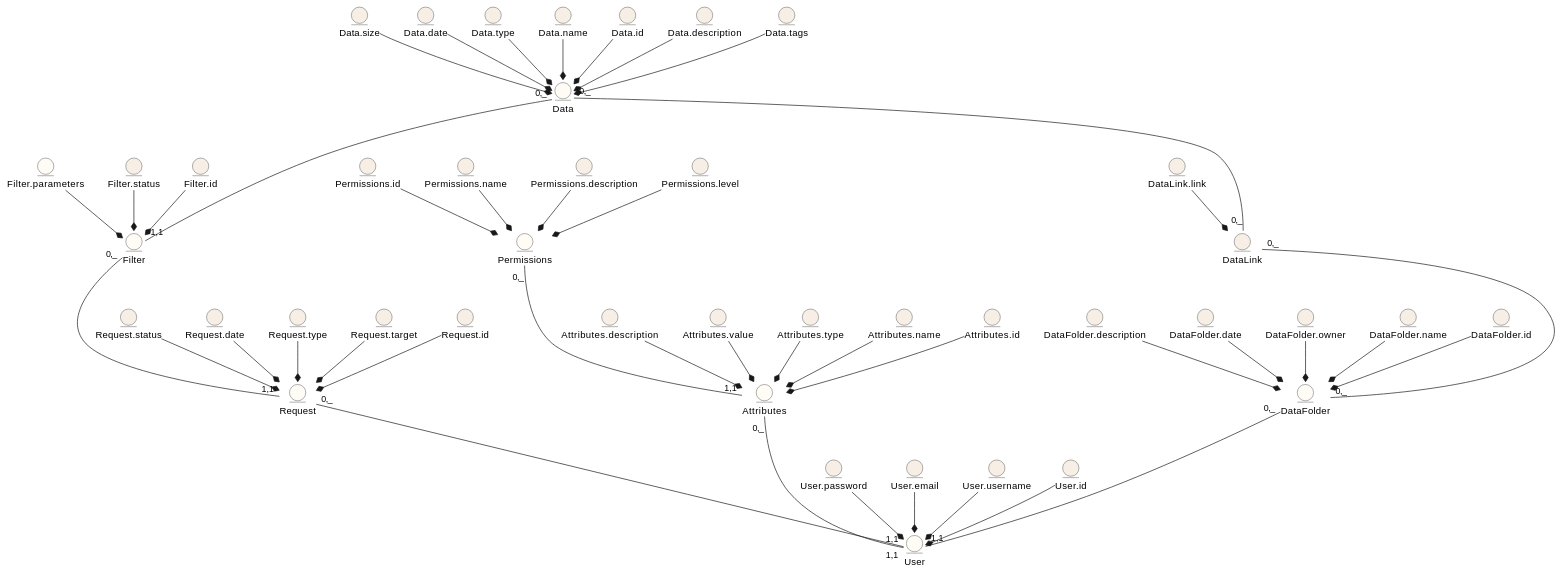
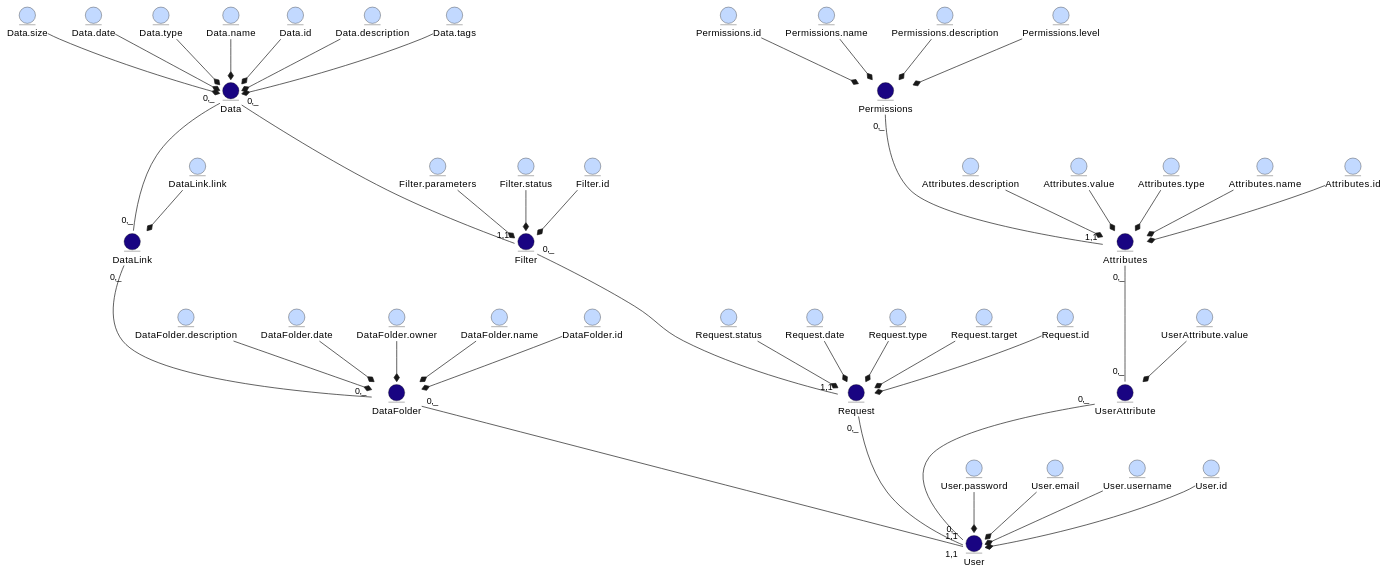
One commit to edu-db/edu_db_labs changed the diagram in docs/design/README.md. Above: the diagram before and after it, drawn with PlantUML.

Commit message:
feat: change style

```diff
--- a/docs/design/README.md
+++ b/docs/design/README.md
@@ -9,64 +9,68 @@
 @startuml
 
 
-entity User  #FFFBF5
-entity User.password  #F7EFE5
-entity User.email #F7EFE5
-entity User.username #F7EFE5
-entity User.id #F7EFE5
+entity User  #190482
+entity User.password  #C2D9FF
+entity User.email #C2D9FF
+entity User.username #C2D9FF
+entity User.id #C2D9FF
 
 
-entity Attributes  #FFFBF5
-entity Attributes.description  #F7EFE5
-entity Attributes.value #F7EFE5
-entity Attributes.type #F7EFE5
-entity Attributes.name #F7EFE5
-entity Attributes.id #F7EFE5
+entity Attributes  #190482
+entity Attributes.description  #C2D9FF
+entity Attributes.value #C2D9FF
+entity Attributes.type #C2D9FF
+entity Attributes.name #C2D9FF
+entity Attributes.id #C2D9FF
 
-entity DataFolder  #FFFBF5
-entity DataFolder.description  #F7EFE5
-entity DataFolder.date #F7EFE5
-entity DataFolder.owner #F7EFE5
-entity DataFolder.name #F7EFE5
-entity DataFolder.id #F7EFE5
+entity DataFolder  #190482
+entity DataFolder.description  #C2D9FF
+entity DataFolder.date #C2D9FF
+entity DataFolder.owner #C2D9FF
+entity DataFolder.name #C2D9FF
+entity DataFolder.id #C2D9FF
 
 
-entity Permissions  #FFFBF5
-entity Permissions.id  #F7EFE5
-entity Permissions.name #F7EFE5
-entity Permissions.description #F7EFE5
-entity Permissions.level #F7EFE5
+entity Permissions  #190482
+entity Permissions.id  #C2D9FF
+entity Permissions.name #C2D9FF
+entity Permissions.description #C2D9FF
+entity Permissions.level #C2D9FF
 
-entity Filter  #FFFBF5
-entity Filter.parameters  #FFFBF5
-entity Filter.status  #F7EFE5
-entity Filter.id  #F7EFE5
+entity Filter  #190482
+entity Filter.parameters  #C2D9FF
+entity Filter.status  #C2D9FF
+entity Filter.id  #C2D9FF
 
-entity Request  #FFFBF5
-entity Request.status  #F7EFE5
-entity Request.date  #F7EFE5
-entity Request.type #F7EFE5
-entity Request.target #F7EFE5
-entity Request.id #F7EFE5
+entity Request  #190482
+entity Request.status  #C2D9FF
+entity Request.date  #C2D9FF
+entity Request.type #C2D9FF
+entity Request.target #C2D9FF
+entity Request.id #C2D9FF
 
-entity Data  #FFFBF5
-entity Data.size  #F7EFE5
-entity Data.date  #F7EFE5
-entity Data.type #F7EFE5
-entity Data.name #F7EFE5
-entity Data.id #F7EFE5
-entity Data.description #F7EFE5
-entity Data.tags #F7EFE5
+entity Data  #190482
+entity Data.size  #C2D9FF
+entity Data.date  #C2D9FF
+entity Data.type #C2D9FF
+entity Data.name #C2D9FF
+entity Data.id #C2D9FF
+entity Data.description #C2D9FF
+entity Data.tags #C2D9FF
 
 
-entity DataLink  #F7EFE5
-entity DataLink.link  #F7EFE5
+entity DataLink #190482
+entity DataLink.link #C2D9FF
 
-User "1,1" --u- "0,_" Attributes
+entity UserAttribute  #190482
+entity UserAttribute.value  #C2D9FF
+
+User "0,_" --u- "0,_" UserAttribute
 User "1,1" --u- "0,_" Request
 User "1,1" --u- "0,_" DataFolder
 Request "1,1" --u- "0,_" Filter
 Filter "1,1" --u- "0,_" Data
+UserAttribute "0,_" --u- "0,_" Attributes
 Attributes "1,1" --u- "0,_" Permissions
 
 User.password -d-* User
@@ -99,6 +103,9 @@
 DataFolder.name -d-* DataFolder
 DataFolder.id -d-* DataFolder
 
+
+UserAttribute.value -d-* UserAttribute
+
 Attributes.description -d-* Attributes
 Attributes.value -d-* Attributes
 Attributes.type -d-* Attributes
```
